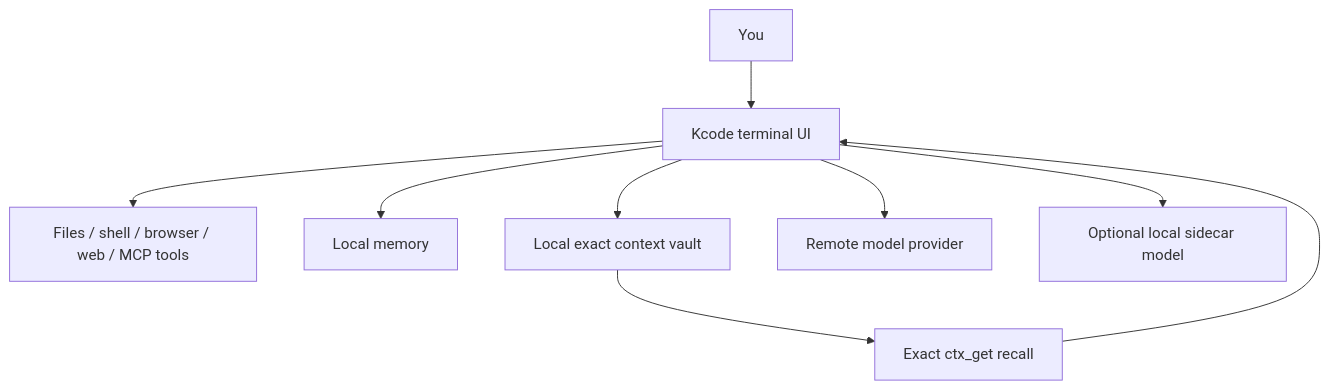
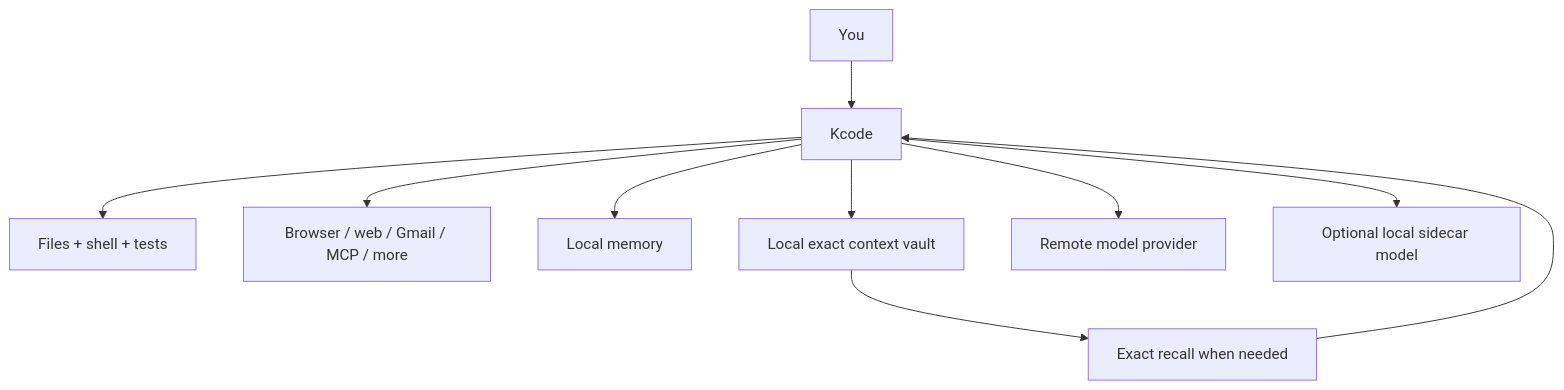
The diagram in README.md (icedmoca/neura), drawn with Mermaid before and after one commit. The commit also changed other lines of this file and 2 other files, not shown here.

````diff
--- a/README.md
+++ b/README.md
@@ -56,11 +51,12 @@
 ```mermaid
 flowchart TD
-    User[You] --> K[Kcode terminal UI]
-    K --> Tools[Files / shell / browser / web / MCP tools]
+    User[You] --> K[Kcode]
+    K --> Files[Files + shell + tests]
+    K --> Tools[Browser / web / Gmail / MCP / more]
     K --> Memory[Local memory]
     K --> Vault[Local exact context vault]
-    K --> Remote[Remote model provider]
-    K --> Local[Optional local sidecar model]
-    Vault --> Rehydrate[Exact ctx_get recall]
-    Rehydrate --> K
+    K --> Model[Remote model provider]
+    K --> Sidecar[Optional local sidecar model]
+    Vault --> Recall[Exact recall when needed]
+    Recall --> K
 ```
````
